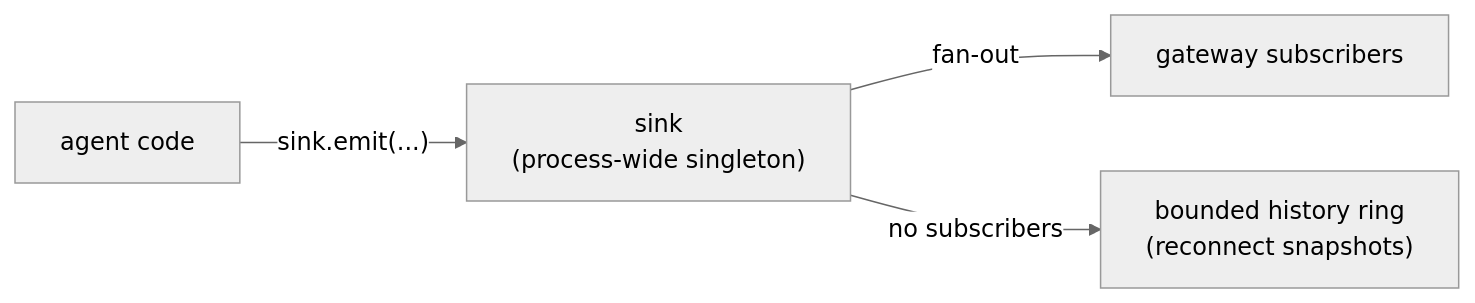
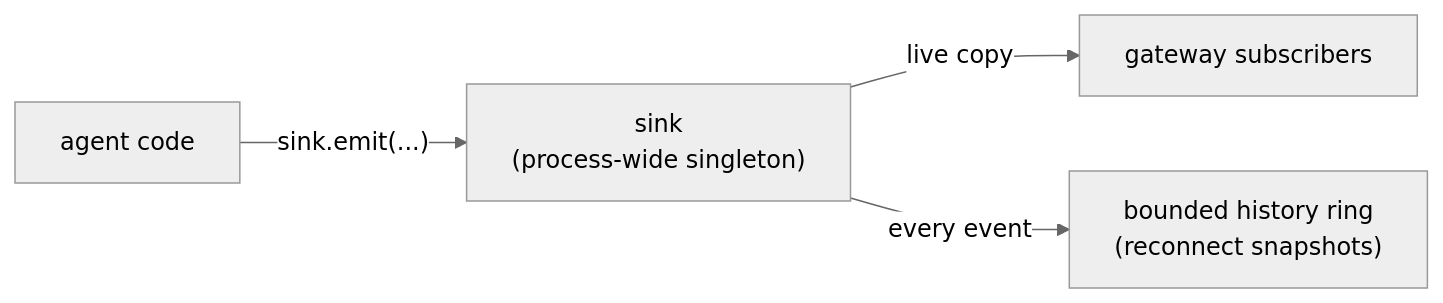
Before and after one commit to DarkSpaceY/NAN-itself: the seventh of 7 diagrams in docs/for-contributors/architecture.md, drawn with Mermaid (neutral theme). The commit also changed other lines of this file and 10 other files, not shown here.

````diff
--- a/docs/for-contributors/architecture.md
+++ b/docs/for-contributors/architecture.md
@@ -179,6 +190,6 @@
 ```mermaid
 flowchart LR
     AG["agent code"] -->|"sink.emit(...)"| S["sink<br/>(process-wide singleton)"]
-    S -->|"fan-out"| GW["gateway subscribers"]
-    S -->|"no subscribers"| HR["bounded history ring<br/>(reconnect snapshots)"]
+    S -->|"live copy"| GW["gateway subscribers"]
+    S -->|"every event"| HR["bounded history ring<br/>(reconnect snapshots)"]
 ```
````
